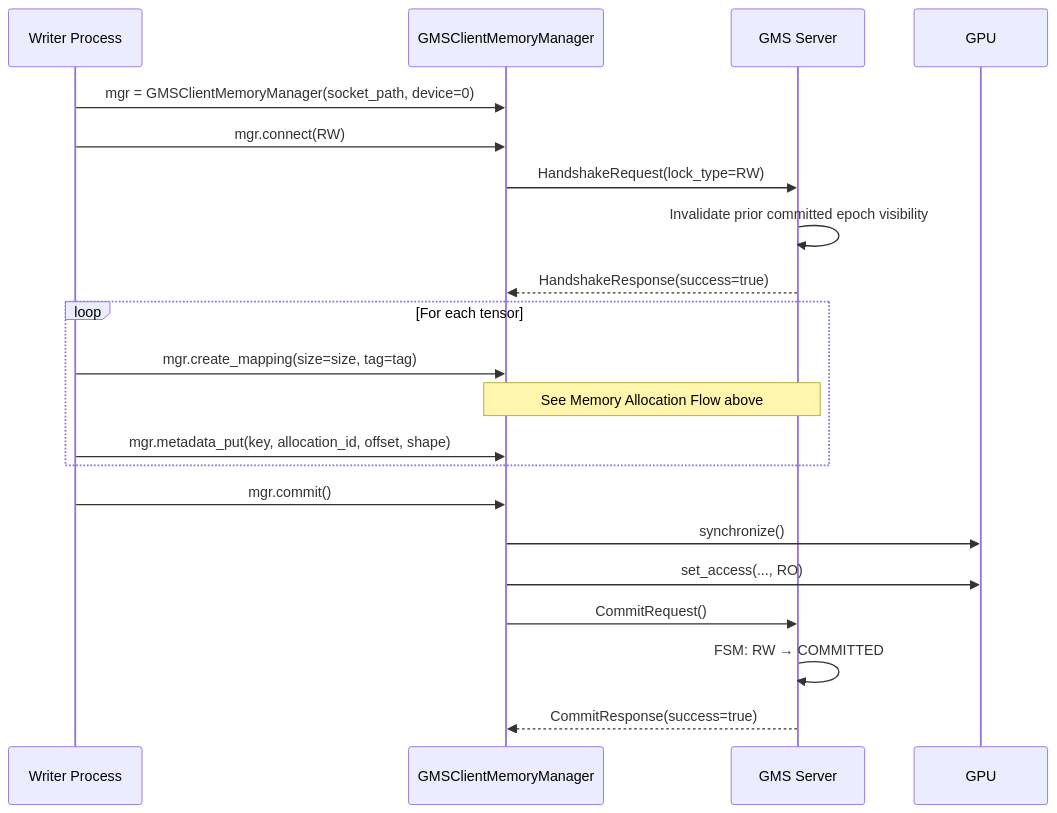
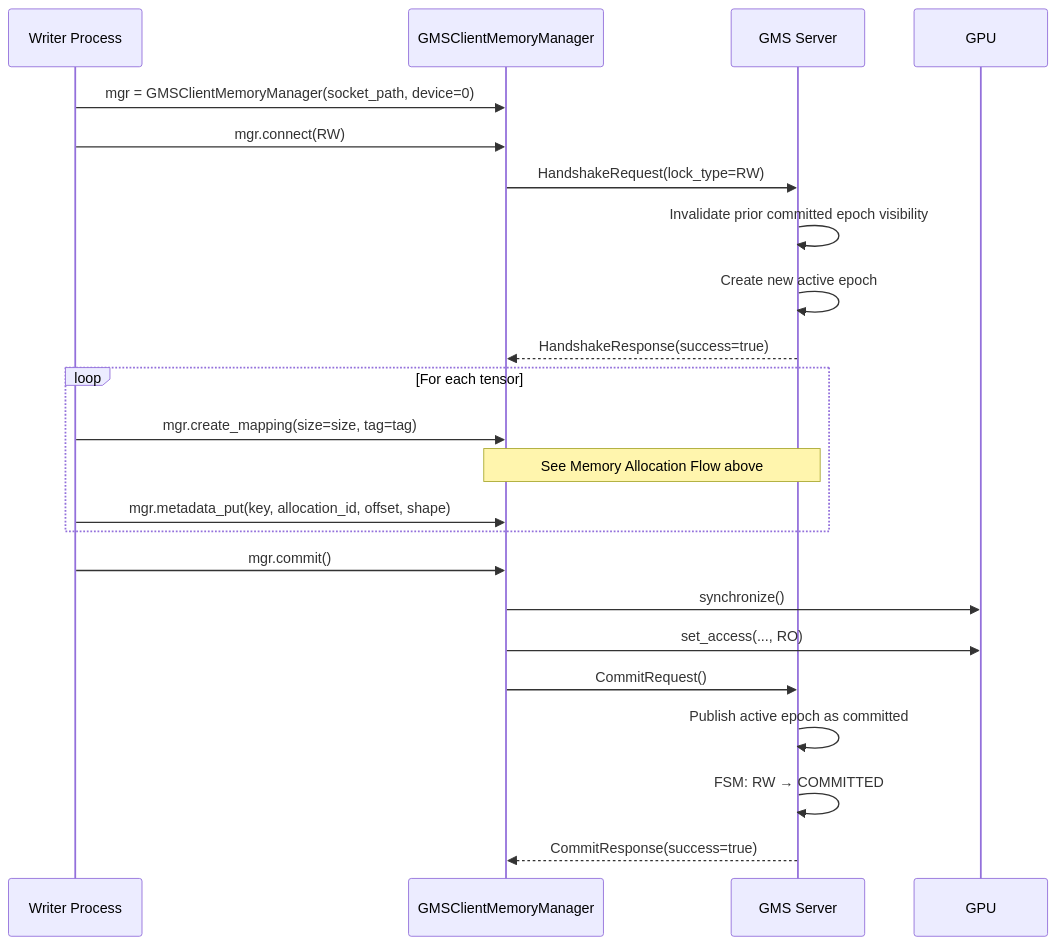
The third of 6 diagrams in lib/gpu_memory_service/README.md (ai-dynamo/dynamo), drawn with Mermaid before and after one commit. The commit also changed other lines of this file, not shown here.

Commit message:
gms: clarify epoch creation in docs

````diff
--- a/lib/gpu_memory_service/README.md
+++ b/lib/gpu_memory_service/README.md
@@ -220,25 +224,27 @@
 ```mermaid
 sequenceDiagram
     participant W as Writer Process
     participant C as GMSClientMemoryManager
     participant S as GMS Server
 
     W->>C: mgr = GMSClientMemoryManager(socket_path, device=0)
     W->>C: mgr.connect(RW)
     C->>S: HandshakeRequest(lock_type=RW)
     S->>S: Invalidate prior committed epoch visibility
+    S->>S: Create new active epoch
     S-->>C: HandshakeResponse(success=true)
 
     loop For each tensor
         W->>C: mgr.create_mapping(size=size, tag=tag)
         Note over C,S: See Memory Allocation Flow above
         W->>C: mgr.metadata_put(key, allocation_id, offset, shape)
     end
 
     W->>C: mgr.commit()
     C->>GPU: synchronize()
     C->>GPU: set_access(..., RO)
     C->>S: CommitRequest()
+    S->>S: Publish active epoch as committed
     S->>S: FSM: RW → COMMITTED
     S-->>C: CommitResponse(success=true)
 ```
````
